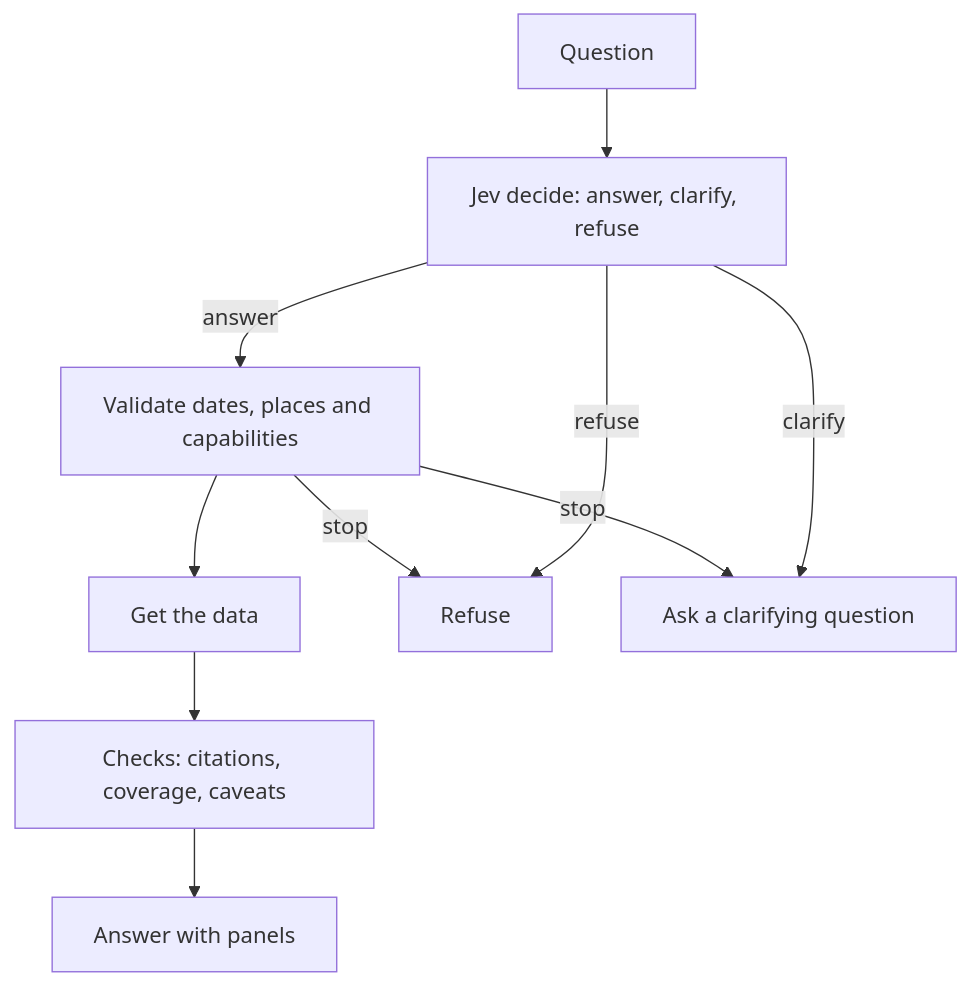
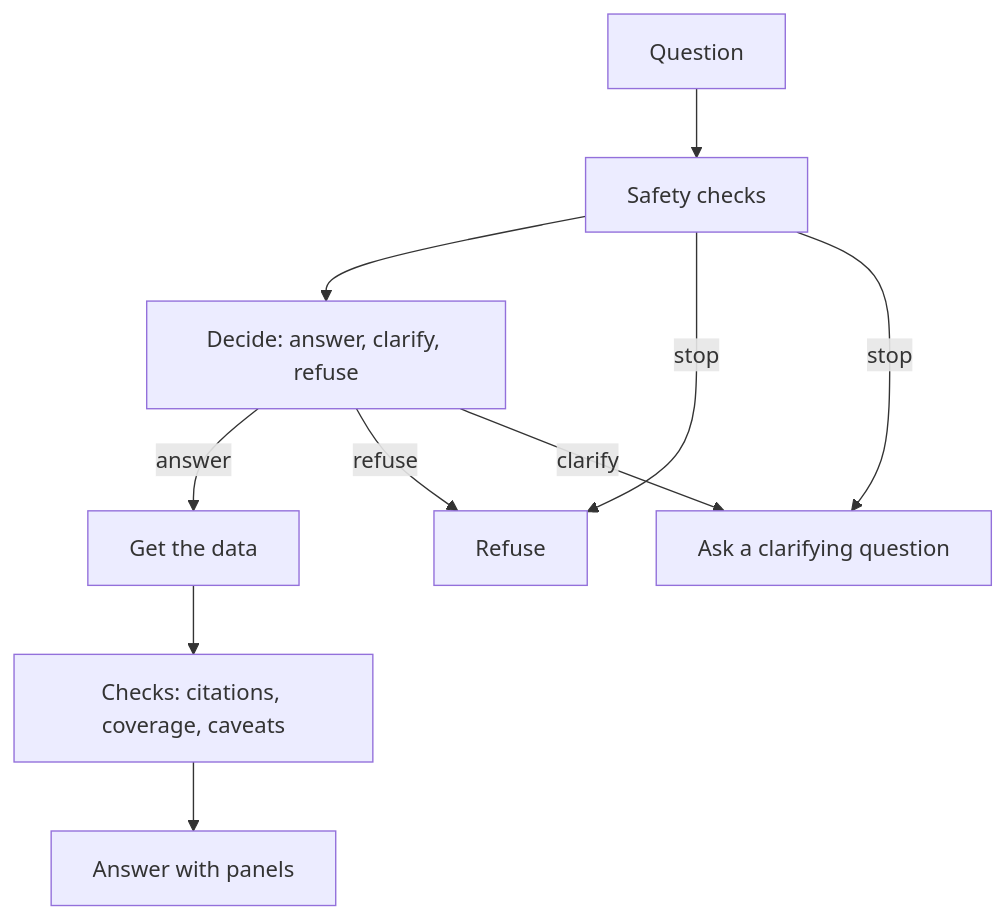
The second of 2 diagrams in README.md (Woody-Zhu-Group/Wildfire-Platform), drawn with Mermaid before and after one commit. The commit also changed other lines of this file and 23 other files, not shown here.

````diff
--- a/README.md
+++ b/README.md
@@ -32,12 +35,12 @@
 ```mermaid
 flowchart TD
-    Q["Question"] --> Decide["Jev decide: answer, clarify, refuse"]
-    Decide -->|"answer"| Safe["Validate dates, places and capabilities"]
-    Safe --> Get["Get the data"]
+    Q["Question"] --> Safe["Safety checks"]
+    Safe --> Decide["Decide: answer, clarify, refuse"]
+    Decide -->|"answer"| Get["Get the data"]
     Get --> Checks["Checks: citations, coverage, caveats"]
     Checks --> Ans["Answer with panels"]
     Safe -->|"stop"| Refuse["Refuse"]
     Decide -->|"refuse"| Refuse
     Safe -->|"stop"| Clarify["Ask a clarifying question"]
     Decide -->|"clarify"| Clarify
 ```
````
